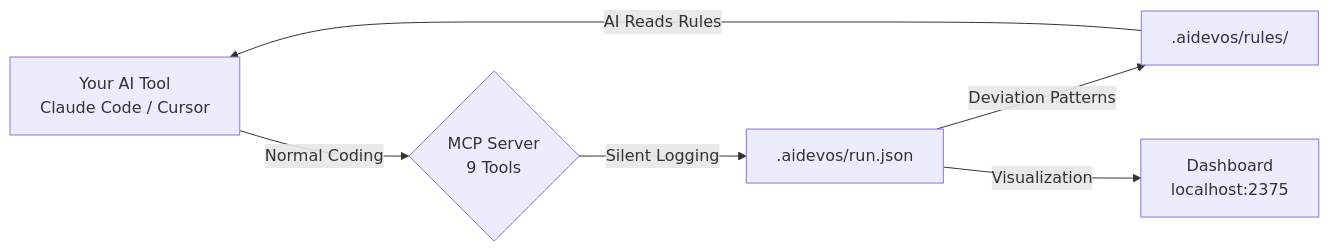
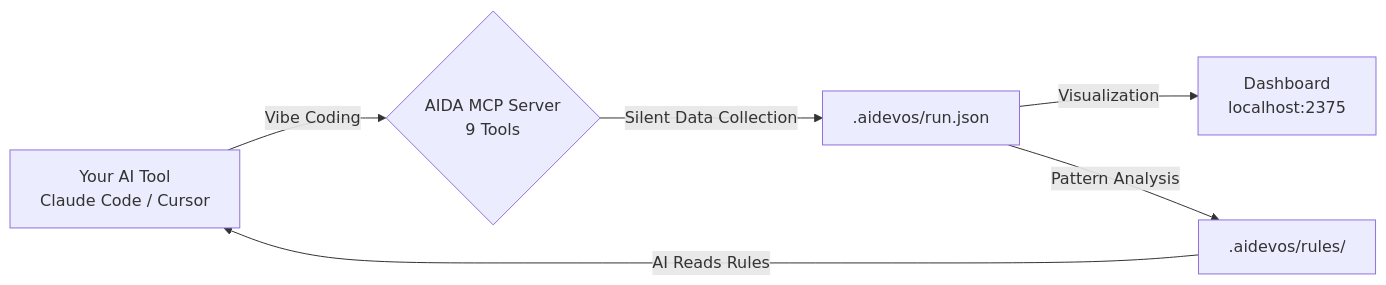
Before and after one commit to LWTlong/aida: the diagram in README.md, drawn with Mermaid. The commit also changed other lines of this file and 15 other files, not shown here.

````diff
--- a/README.md
+++ b/README.md
@@ -232,8 +230,8 @@
 ```mermaid
 flowchart LR
-    A["Your AI Tool\nClaude Code / Cursor"] -->|Normal Coding| B{"MCP Server\n9 Tools"}
-    B -->|Silent Logging| C[".aidevos/run.json"]
-    C -->|Deviation Patterns| D[".aidevos/rules/"]
-    C -->|Visualization| E["Dashboard\nlocalhost:2375"]
-    D -->|AI Reads Rules| A
+    A["Your AI Tool\nClaude Code / Cursor"] -->|Vibe Coding| B{"AIDA MCP Server\n9 Tools"}
+    B -->|Silent Data Collection| C[".aidevos/run.json"]
+    C -->|Visualization| D["Dashboard\nlocalhost:2375"]
+    C -->|Pattern Analysis| E[".aidevos/rules/"]
+    E -->|AI Reads Rules| A
 ```
````
